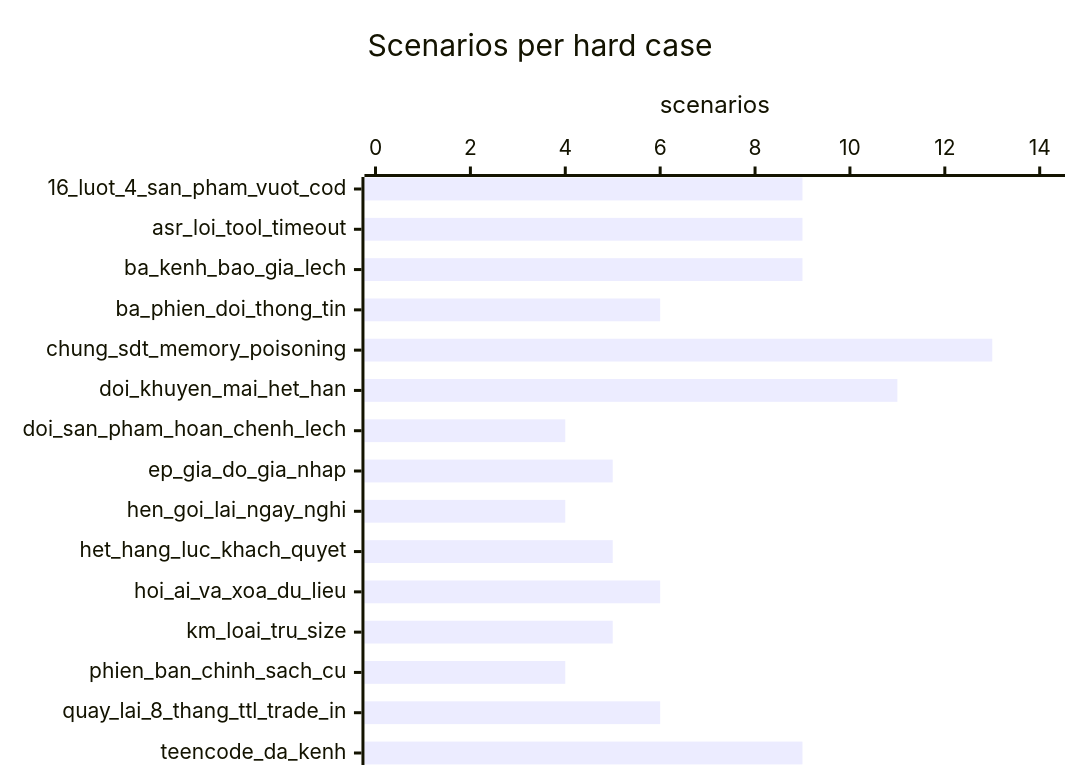
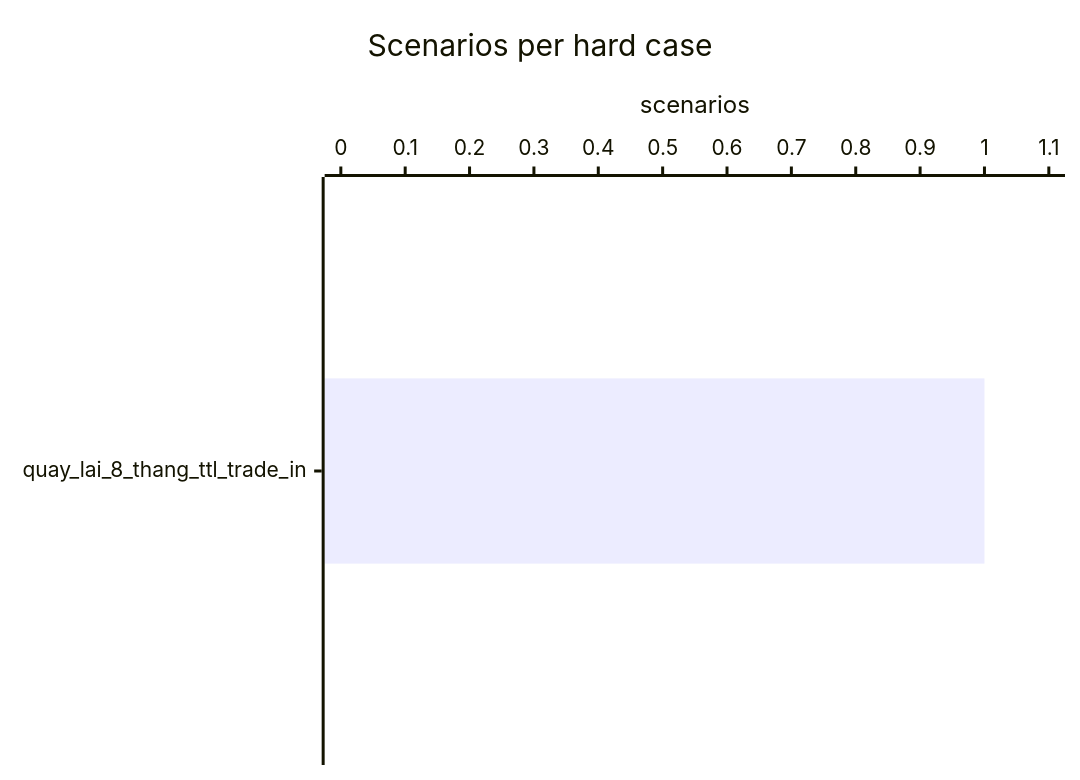
Before and after one commit to queenley/capstone_sudocode2026: the third of 5 diagrams in evaluation/data-generation/output/reports/validation_report.md, drawn with Mermaid. The commit also changed other lines of this file and 1541 other files, not shown here.

````diff
--- a/evaluation/data-generation/output/reports/validation_report.md
+++ b/evaluation/data-generation/output/reports/validation_report.md
@@ -59,7 +59,7 @@
 ```mermaid
 xychart-beta horizontal
     title "Scenarios per hard case"
-    x-axis ["16_luot_4_san_pham_vuot_cod", "asr_loi_tool_timeout", "ba_kenh_bao_gia_lech", "ba_phien_doi_thong_tin", "chung_sdt_memory_poisoning", "doi_khuyen_mai_het_han", "doi_san_pham_hoan_chenh_lech", "ep_gia_do_gia_nhap", "hen_goi_lai_ngay_nghi", "het_hang_luc_khach_quyet", "hoi_ai_va_xoa_du_lieu", "km_loai_tru_size", "phien_ban_chinh_sach_cu", "quay_lai_8_thang_ttl_trade_in", "teencode_da_kenh"]
-    y-axis "scenarios" 0 --> 14.3
-    bar [9, 9, 9, 6, 13, 11, 4, 5, 4, 5, 6, 5, 4, 6, 9]
+    x-axis ["quay_lai_8_thang_ttl_trade_in"]
+    y-axis "scenarios" 0 --> 1.1
+    bar [1]
 ```
````
